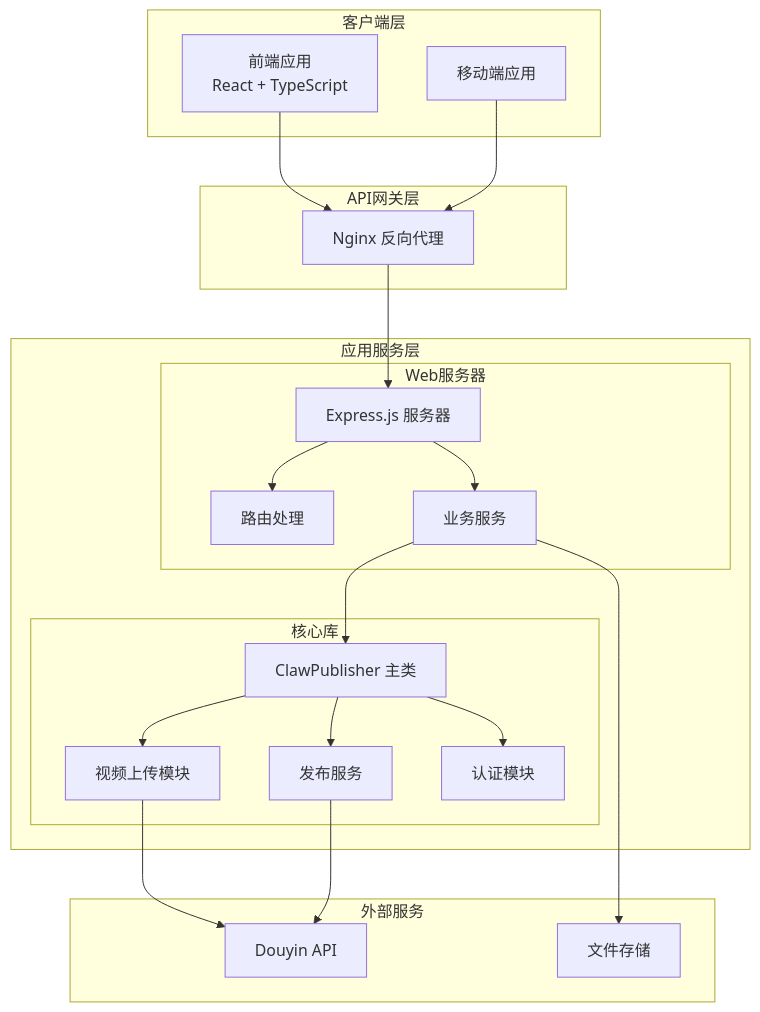
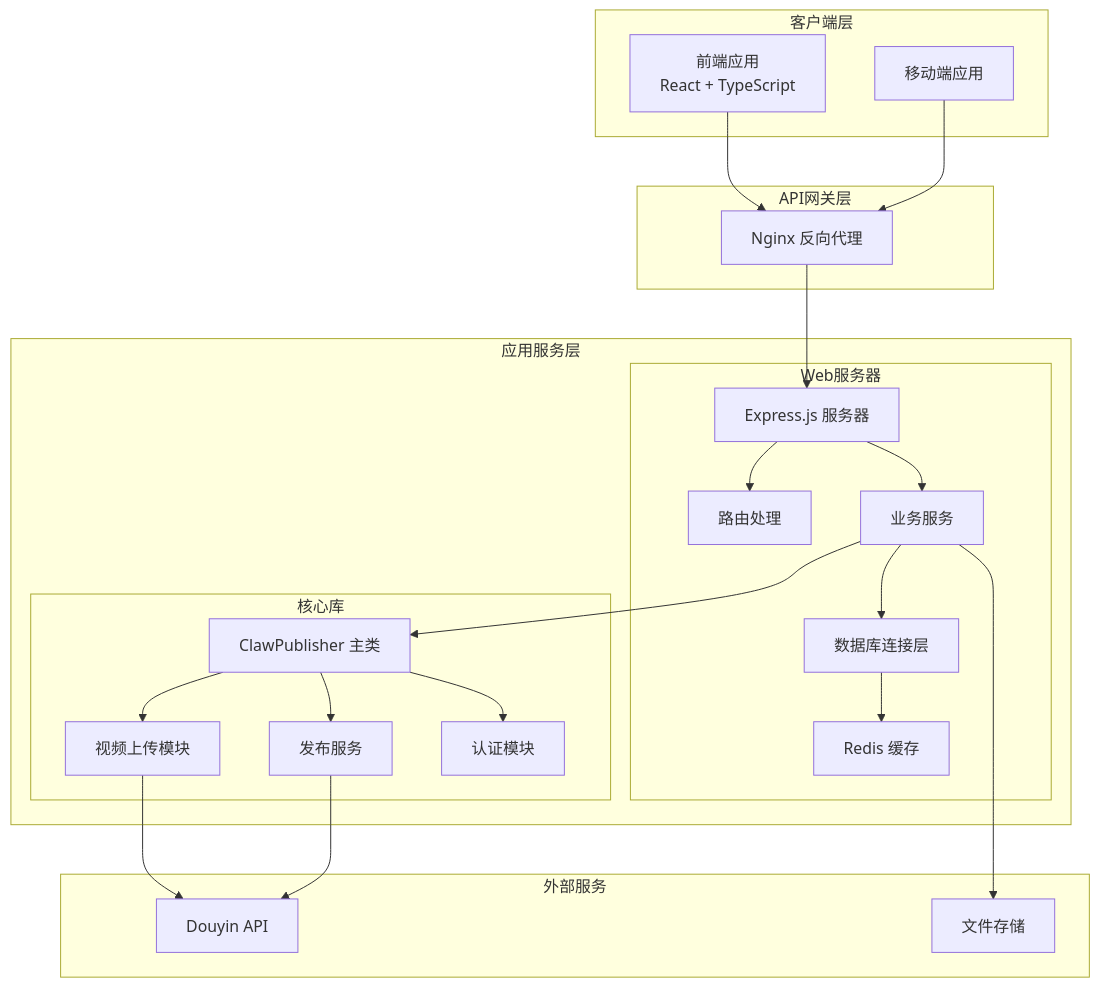
Before and after one commit to songdiyang/clawOperations: the third of 13 diagrams in .qoder/repowiki/zh/content/Legacy Upload System Removed.md, drawn with Mermaid. The commit also changed other lines of this file and 10 other files, not shown here.

````diff
--- a/.qoder/repowiki/zh/content/Legacy Upload System Removed.md
+++ b/.qoder/repowiki/zh/content/Legacy Upload System Removed.md
@@ -145,39 +175,43 @@
 ```mermaid
 graph TB
 subgraph "客户端层"
 Client[前端应用<br/>React + TypeScript]
 Mobile[移动端应用]
 end
 subgraph "API网关层"
 Gateway[Nginx 反向代理]
 end
 subgraph "应用服务层"
 subgraph "Web服务器"
 Express[Express.js 服务器]
 Routes[路由处理]
 Services[业务服务]
+Database[数据库连接层]
+Redis[Redis 缓存]
 end
 subgraph "核心库"
 Main[ClawPublisher 主类]
 Upload[视频上传模块]
 Publish[发布服务]
 Auth[认证模块]
 end
 end
 subgraph "外部服务"
 Douyin[Douyin API]
 Storage[文件存储]
 end
 Client --> Gateway
 Mobile --> Gateway
 Gateway --> Express
 Express --> Routes
 Express --> Services
+Services --> Database
+Database --> Redis
 Services --> Main
 Main --> Upload
 Main --> Publish
 Main --> Auth
 Upload --> Douyin
 Publish --> Douyin
 Services --> Storage
 ```
````
